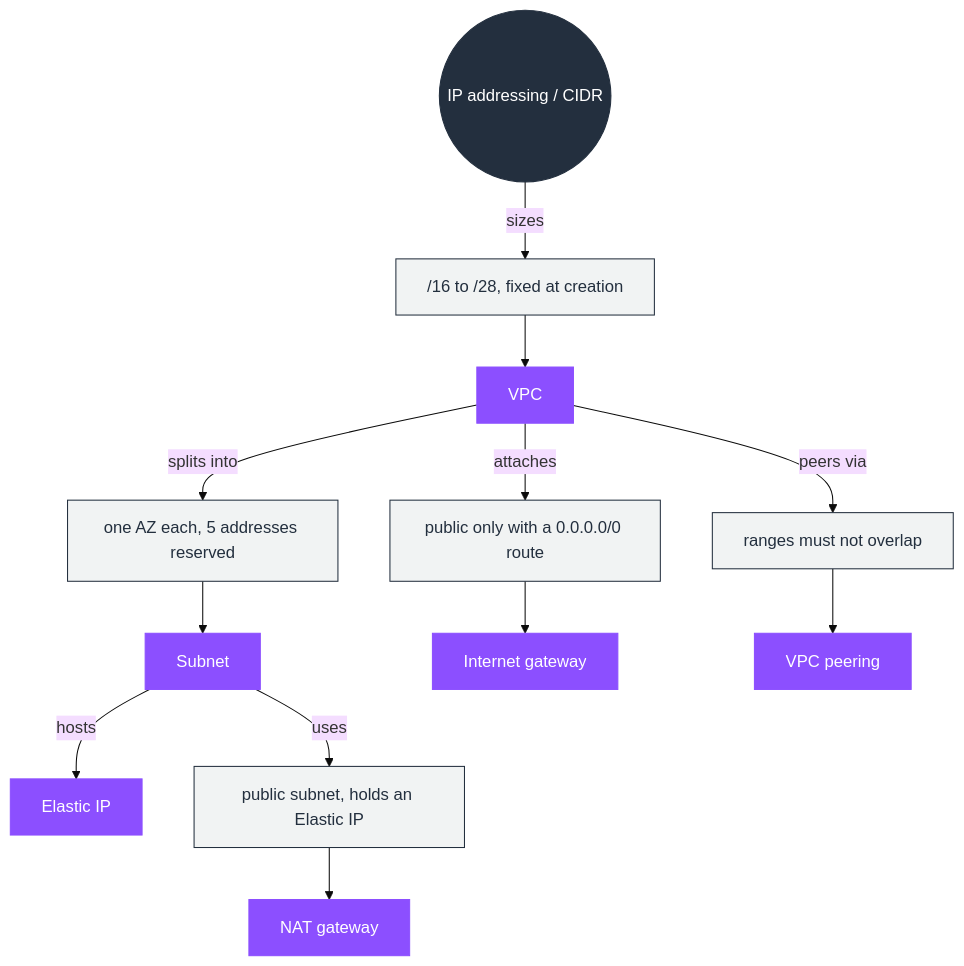
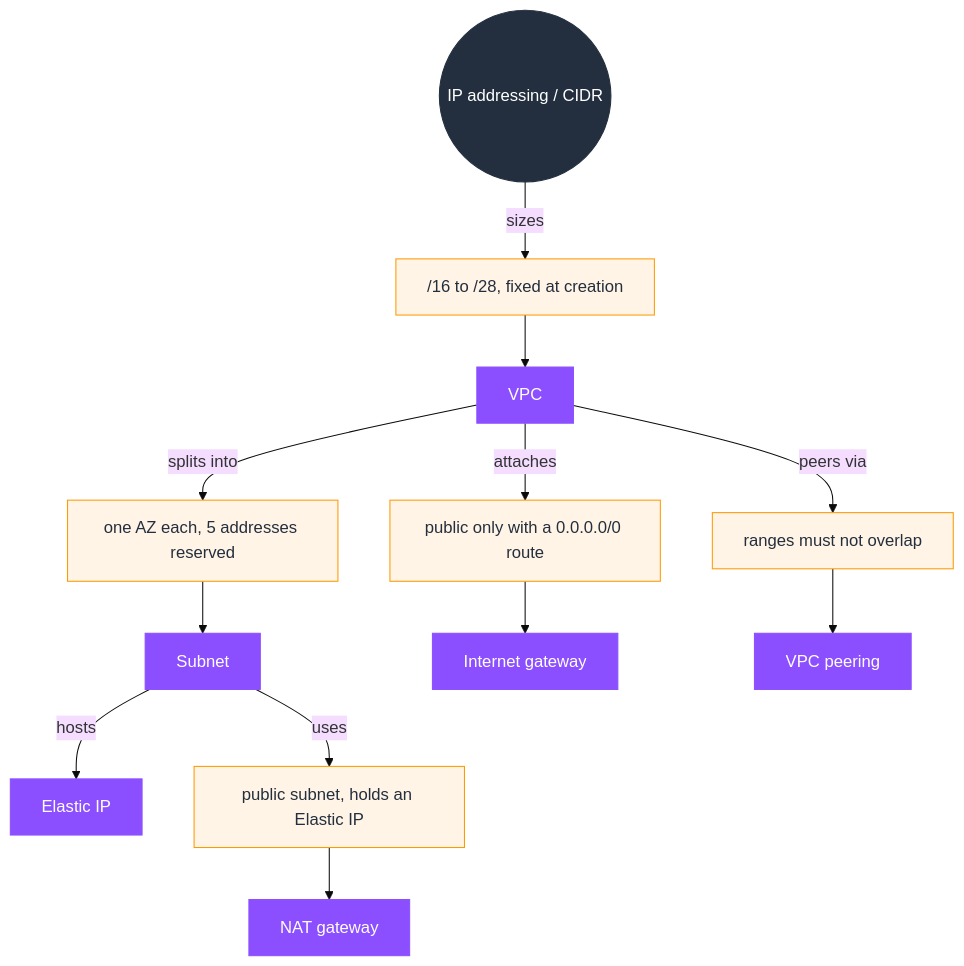
The diagram in 01-concepts/01-networking/01-ip-addressing/README.md (GabrielAlmeidaFlores/AWS-CloudOps-Engineer-Associate-Doc), drawn with Mermaid (base theme) before and after one commit. The commit also changed 10 other files, not shown here.

Commit message:
docs: restyle flowchart diagrams with the AWS color palette

````diff
--- a/01-concepts/01-networking/01-ip-addressing/README.md
+++ b/01-concepts/01-networking/01-ip-addressing/README.md
@@ -27,21 +27,21 @@
 ```mermaid
 flowchart TD
     CIDR(("IP addressing / CIDR"))
     VPC["VPC"]
     SN["Subnet"]
     EIP["Elastic IP"]
     NAT["NAT gateway"]
     IGW["Internet gateway"]
     PEER["VPC peering"]
     CIDR -->|"sizes"| N1["/16 to /28, fixed at creation"]:::note --> VPC
     VPC -->|"splits into"| N2["one AZ each, 5 addresses reserved"]:::note --> SN
     SN -->|"hosts"| EIP
     SN -->|"uses"| N3["public subnet, holds an Elastic IP"]:::note --> NAT
     VPC -->|"attaches"| N4["public only with a 0.0.0.0/0 route"]:::note --> IGW
     VPC -->|"peers via"| N5["ranges must not overlap"]:::note --> PEER
     classDef network fill:#8C4FFF,stroke:#8C4FFF,color:#ffffff
     classDef actor fill:#232F3E,stroke:#232F3E,color:#ffffff
-    classDef note fill:#F1F3F3,stroke:#232F3E,color:#232F3E
+    classDef note fill:#FFF4E5,stroke:#FF9900,color:#232F3E
     class CIDR actor
     class VPC,SN,EIP,NAT,IGW,PEER network
 ```
````
